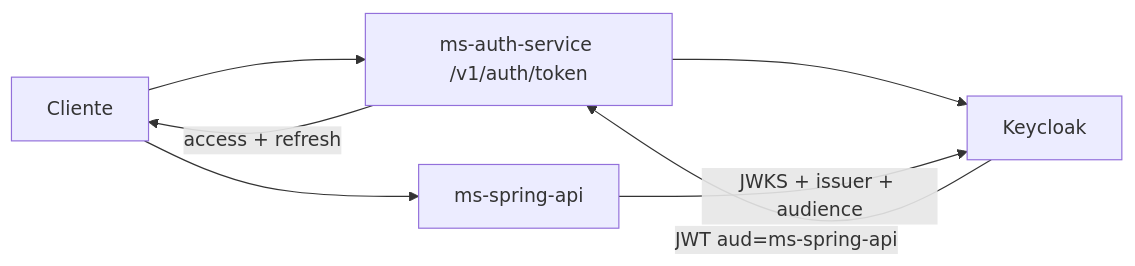
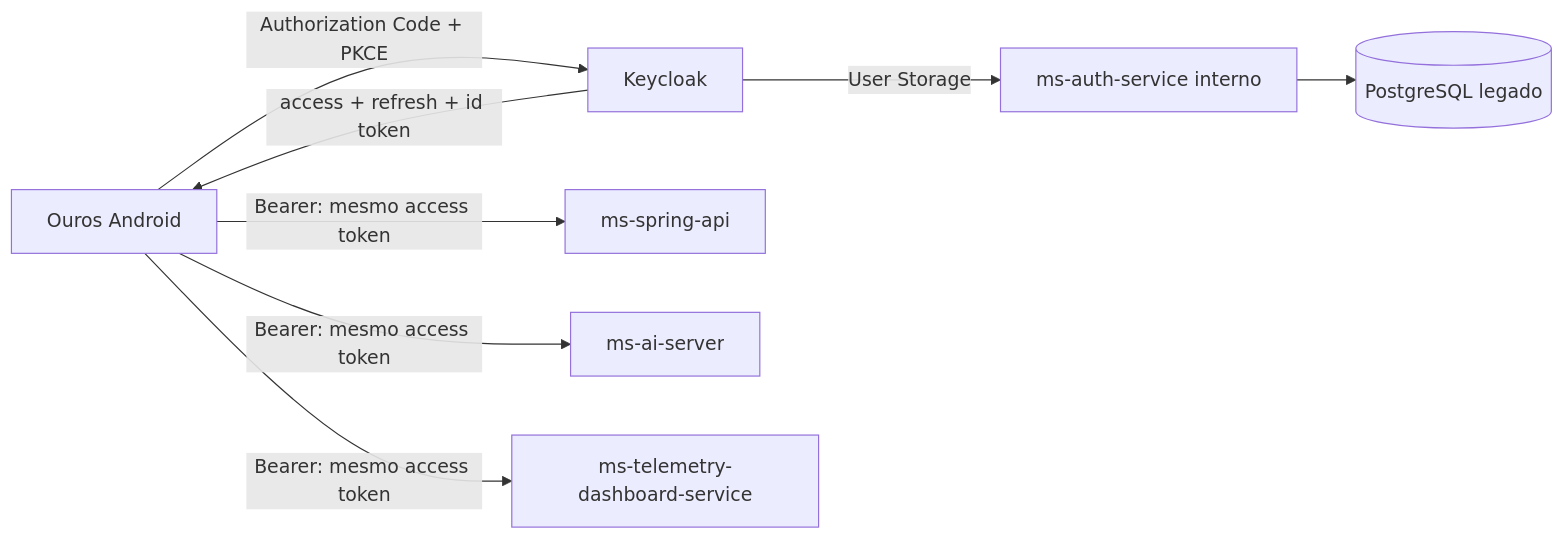
The diagram in docs/apis/authentication.md (Ouros-App/ouros-docs), drawn with Mermaid before and after one commit. The commit also changed other lines of this file and 24 other files, not shown here.

````diff
--- a/docs/apis/authentication.md
+++ b/docs/apis/authentication.md
@@ -7,9 +7,10 @@
 ```mermaid
 flowchart LR
-    CLIENT[Cliente] --> AUTH[ms-auth-service /v1/auth/token]
-    AUTH --> KC[Keycloak]
-    KC -->|JWT aud=ms-spring-api| AUTH
-    AUTH -->|access + refresh| CLIENT
-    CLIENT --> SPRING[ms-spring-api]
-    SPRING -->|JWKS + issuer + audience| KC
+    APP[Ouros Android] -->|Authorization Code + PKCE| KC[Keycloak]
+    KC -->|User Storage| AUTH[ms-auth-service interno]
+    AUTH --> DB[(PostgreSQL legado)]
+    KC -->|access + refresh + id token| APP
+    APP -->|Bearer: mesmo access token| SPRING[ms-spring-api]
+    APP -->|Bearer: mesmo access token| AI[ms-ai-server]
+    APP -->|Bearer: mesmo access token| DASH[ms-telemetry-dashboard-service]
 ```
````
